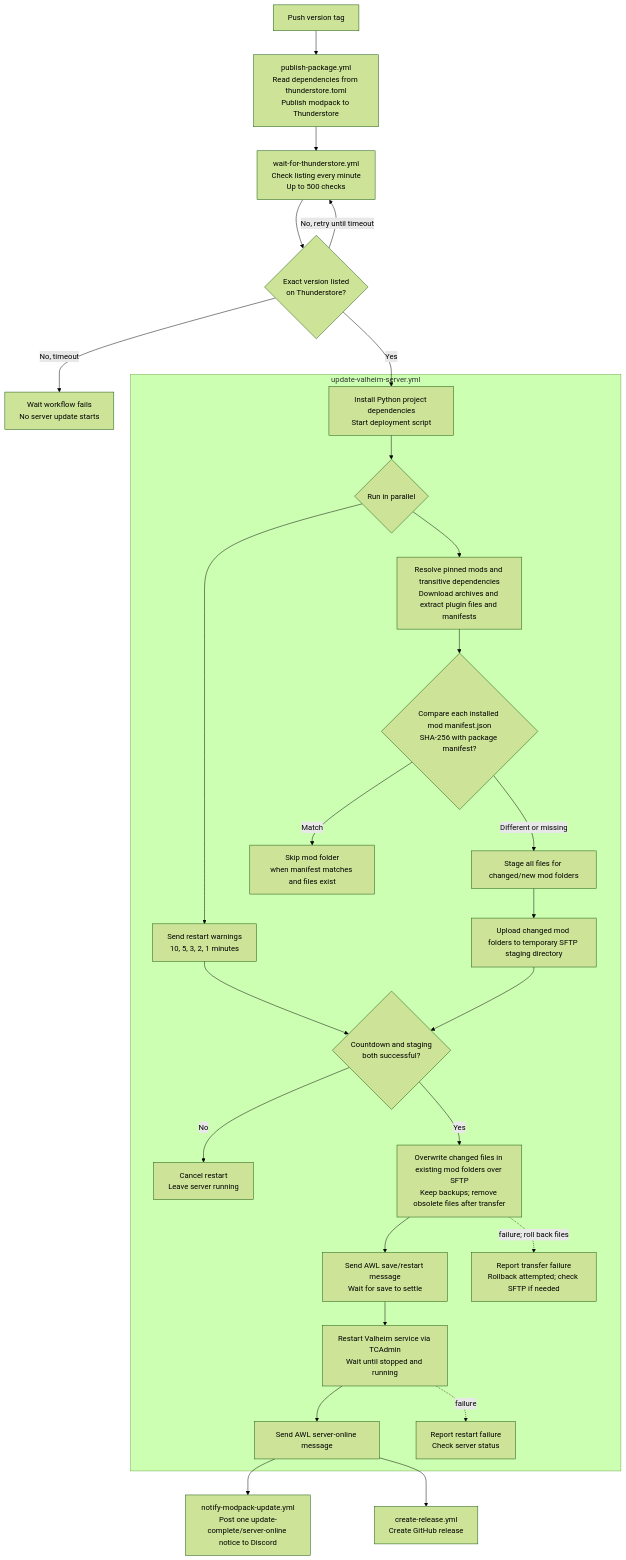
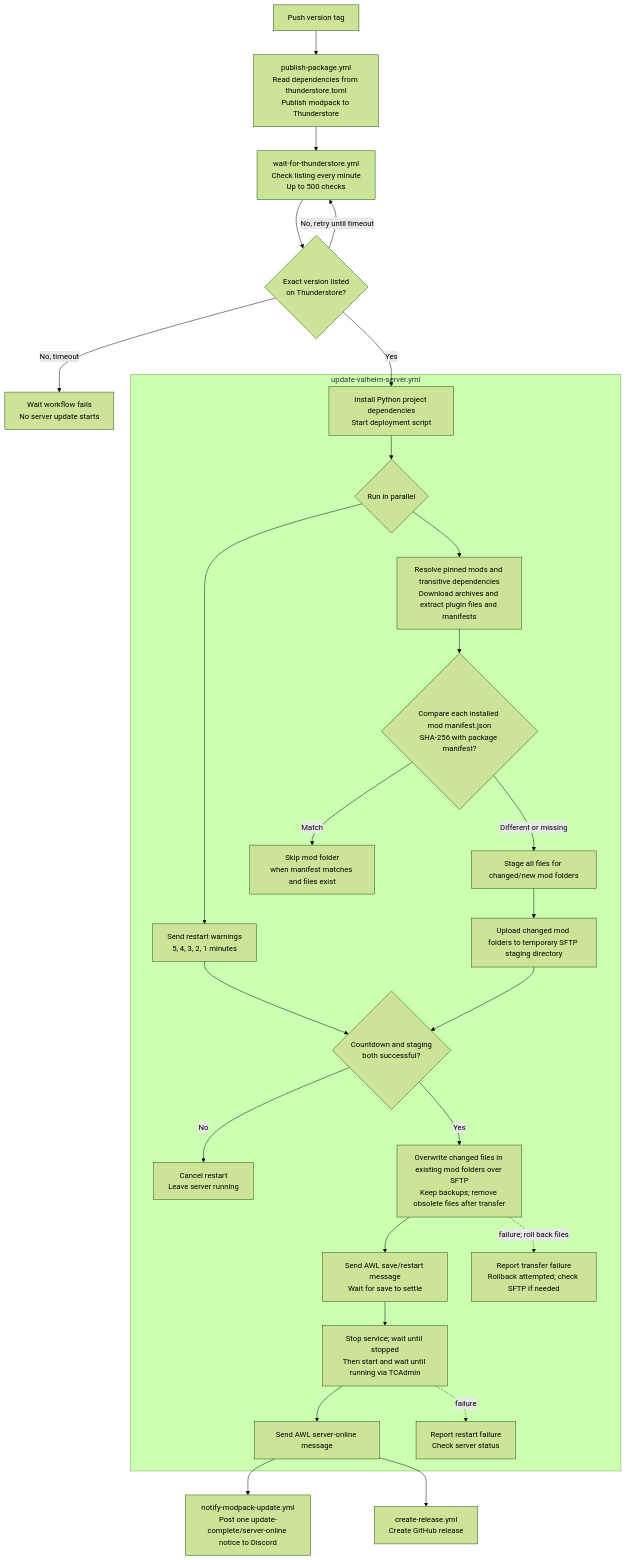
One commit to ryandamen/starfinders_valheim changed the diagram in docs/workflow.mmd. Above: the diagram before and after it, drawn with Mermaid (forest theme). The commit also changed 3 other files, not shown here.

Commit message:
fix: update service restart logic and countdown notifications

```diff
--- a/docs/workflow.mmd
+++ b/docs/workflow.mmd
@@ -1,49 +1,49 @@
 flowchart TD
     tag["Push version tag"]
     publish["publish-package.yml<br/>Read dependencies from thunderstore.toml<br/>Publish modpack to Thunderstore"]
     wait["wait-for-thunderstore.yml<br/>Check listing every minute<br/>Up to 500 checks"]
     listed{"Exact version listed<br/>on Thunderstore?"}
     failListing["Wait workflow fails<br/>No server update starts"]
 
     subgraph deploy["update-valheim-server.yml"]
         start["Install Python project dependencies<br/>Start deployment script"]
         parallel{"Run in parallel"}
-        countdown["Send restart warnings<br/>10, 5, 3, 2, 1 minutes"]
+        countdown["Send restart warnings<br/>5, 4, 3, 2, 1 minutes"]
         packages["Resolve pinned mods and transitive dependencies<br/>Download archives and extract plugin files and manifests"]
         compare{"Compare each installed mod manifest.json<br/>SHA-256 with package manifest?"}
         unchanged["Skip mod folder<br/>when manifest matches and files exist"]
         changed["Stage all files for changed/new mod folders"]
         staged["Upload changed mod folders to temporary SFTP staging directory"]
         ready{"Countdown and staging<br/>both successful?"}
         cancel["Cancel restart<br/>Leave server running"]
         promote["Overwrite changed files in existing mod folders over SFTP<br/>Keep backups; remove obsolete files after transfer"]
         save["Send AWL save/restart message<br/>Wait for save to settle"]
-        restart["Restart Valheim service via TCAdmin<br/>Wait until stopped and running"]
+        restart["Stop service; wait until stopped<br/>Then start and wait until running via TCAdmin"]
         awlOnline["Send AWL server-online message"]
         failAfterStop["Report restart failure<br/>Check server status"]
         promotionFailed["Report transfer failure<br/>Rollback attempted; check SFTP if needed"]
 
         start --> parallel
         parallel --> countdown
         parallel --> packages
         packages --> compare
         compare -->|Match| unchanged
         compare -->|Different or missing| changed --> staged
         countdown --> ready
         staged --> ready
         ready -->|No| cancel
         ready -->|Yes| promote
         promote --> save --> restart --> awlOnline
         promote -. "failure; roll back files" .-> promotionFailed
         restart -. "failure" .-> failAfterStop
     end
 
     tag --> publish --> wait --> listed
     listed -->|No, retry until timeout| wait
     listed -->|No, timeout| failListing
     listed -->|Yes| start
 
     notify["notify-modpack-update.yml<br/>Post one update-complete/server-online notice to Discord"]
     release["create-release.yml<br/>Create GitHub release"]
     awlOnline --> notify
     awlOnline --> release
```
